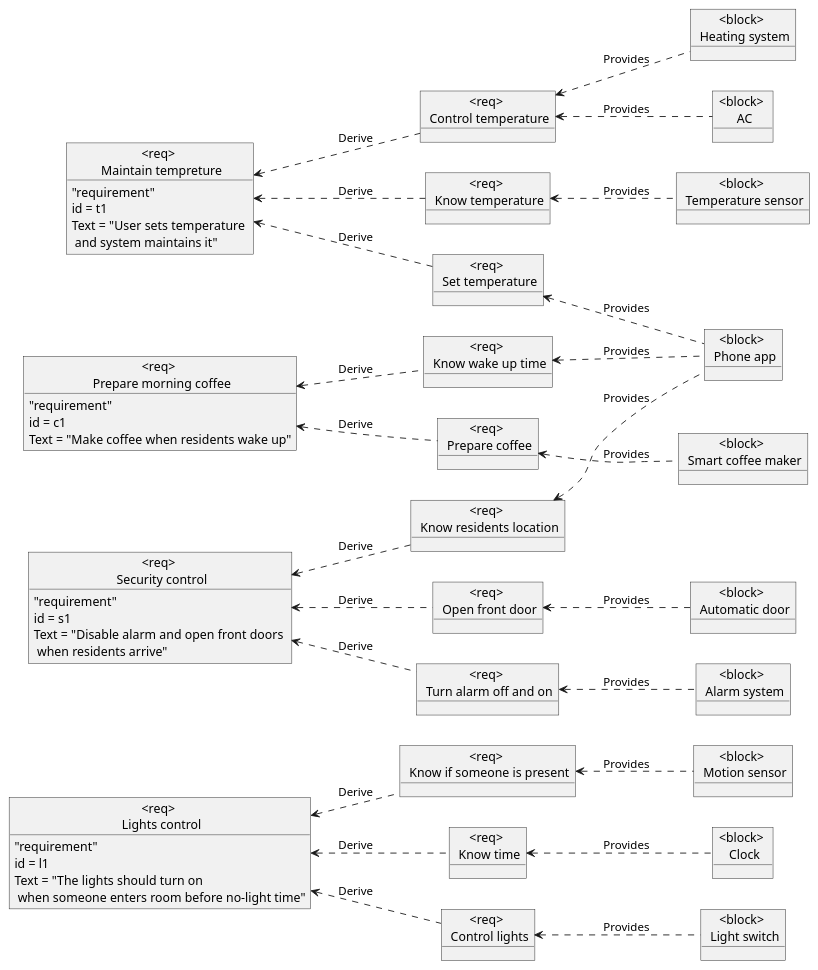
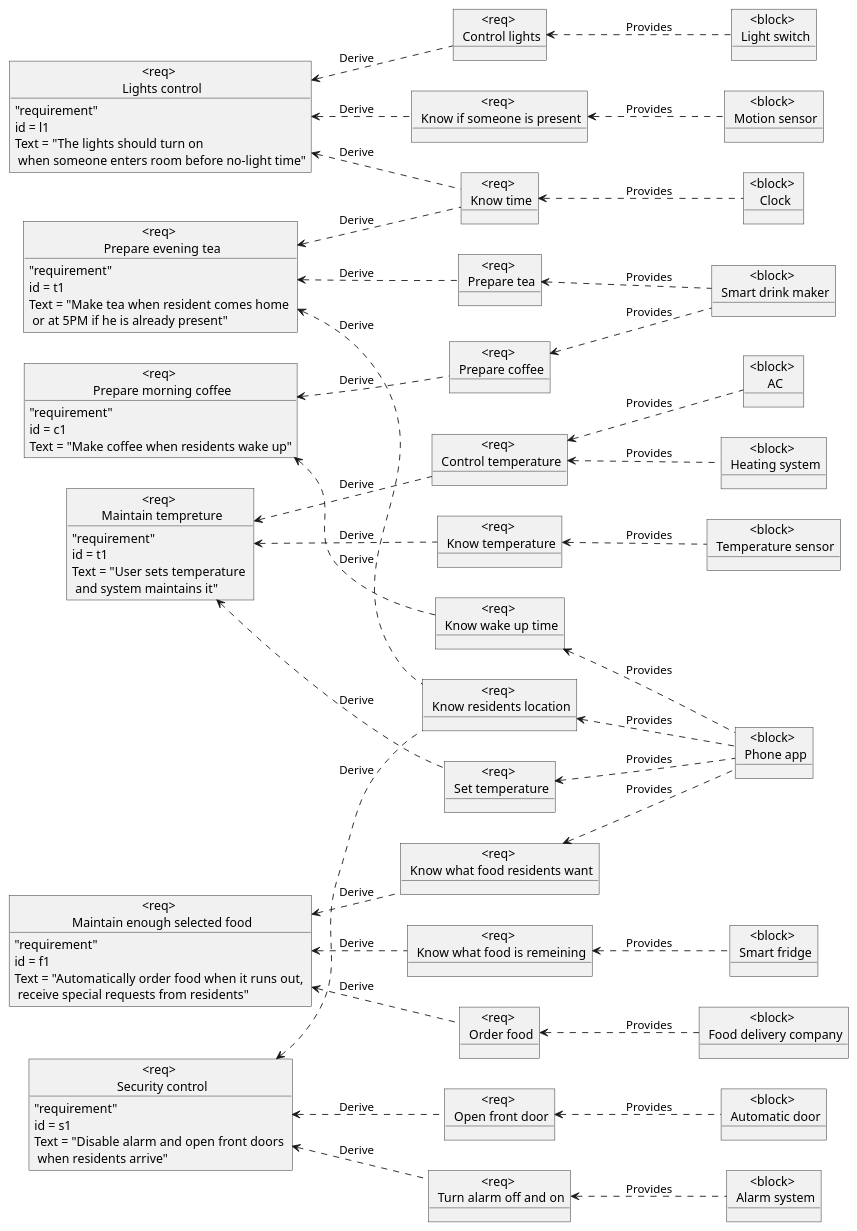
Before and after one commit to kiIIer/kpi-4: the diagram in system-engi/lab/lab-3-07.03.2023/req-diagram.puml, drawn with PlantUML.

Commit message:
tea, food

```diff
--- a/system-engi/lab/lab-3-07.03.2023/req-diagram.puml
+++ b/system-engi/lab/lab-3-07.03.2023/req-diagram.puml
@@ -1,93 +1,130 @@
 @startuml requirements
 left to right direction
 
 object "<req> \n Lights control" as light{
     "requirement"
     id = l1
     Text = "The lights should turn on \n when someone enters room before no-light time"
 }
 
 object "<req> \n Know if someone is present" as lir1
 object "<block> \n Motion sensor" as motionS
 
 light <.. lir1 : Derive
 lir1 <.. motionS : Provides
 
 object "<req> \n Know time" as lir2
 object "<block> \n Clock" as clock
 
 light <.. lir2 : Derive
 lir2 <.. clock : Provides
 
 object "<req> \n Control lights" as lir3
 object "<block> \n Light switch" as LSwitch
 
 light <.. lir3 : Derive
 lir3 <.. LSwitch : Provides
 
 object "<req> \n Maintain tempreture" as temperature {
     "requirement"
     id = t1
     Text = "User sets temperature \n and system maintains it"
 }
 
 object "<req> \n Know temperature" as temr1
 object "<block> \n Temperature sensor" as TSensor
 
 temperature <.. temr1 : Derive
 temr1 <.. TSensor : Provides
 
 object "<req> \n Control temperature" as temr2
 object "<block> \n AC" as ac
 object "<block> \n Heating system" as heating
 
 temperature <.. temr2 : Derive
 temr2 <.. ac : Provides
 temr2 <.. heating : Provides
 
 object "<req> \n Set temperature" as temr3
 object "<block> \n Phone app" as phone
 
 temperature <.. temr3 : Derive
 temr3 <.. phone : Provides
 
 object "<req> \n Security control" as security{
     "requirement"
     id = s1
     Text = "Disable alarm and open front doors \n when residents arrive"
 }
 
 object "<req> \n Know residents location" as secr1
 
 security <.. secr1 : Derive
 secr1 <.. phone : Provides
 
 object "<req> \n Open front door" as secr2
 object "<block> \n Automatic door" as door
 
 security <.. secr2 : Derive
 secr2 <.. door : Provides
 
 object "<req> \n Turn alarm off and on" as secr3
 object "<block> \n Alarm system" as alarm
 
 security <.. secr3 : Derive
 secr3 <.. alarm : Provides
 
 object "<req> \n Prepare morning coffee" as coffee {
     "requirement"
     id = c1
     Text = "Make coffee when residents wake up"
 }
 
 object "<req> \n Prepare coffee" as cr1
-object "<block> \n Smart coffee maker" as coffeeMaker
+object "<block> \n Smart drink maker" as drinker
 
 coffee <.. cr1 : Derive
-cr1 <.. coffeeMaker : Provides
+cr1 <.. drinker : Provides
 
 object "<req> \n Know wake up time" as cr2
 
 coffee <.. cr2 : Derive
 cr2 <.. phone : Provides
+
+object "<req> \n Prepare evening tea" as tea {
+    "requirement"
+    id = t1
+    Text = "Make tea when resident comes home \n or at 5PM if he is already present"
+}
+
+object "<req> \n Prepare tea" as tr1 
+
+tea <.. tr1 : Derive
+tr1 <.. drinker : Provides
+
+tea <.. secr1 : Derive
+tea <.. lir2 : Derive
+
+object "<req> \n Maintain enough selected food" as food {
+    "requirement"
+    id = f1
+    Text = "Automatically order food when it runs out, \n receive special requests from residents"
+}
+
+object "<req> \n Know what food is remeining" as fr1 
+object "<block> \n Smart fridge" as fridge
+
+food <.. fr1 : Derive
+fr1 <.. fridge : Provides
+
+object "<req> \n Know what food residents want" as fr2 
+
+food <.. fr2 : Derive
+fr2 <.. phone : Provides
+
+object "<req> \n Order food" as fr3
+object "<block> \n Food delivery company" as foodD
+
+food <.. fr3 : Derive
+fr3 <.. foodD : Provides
 @enduml
```
